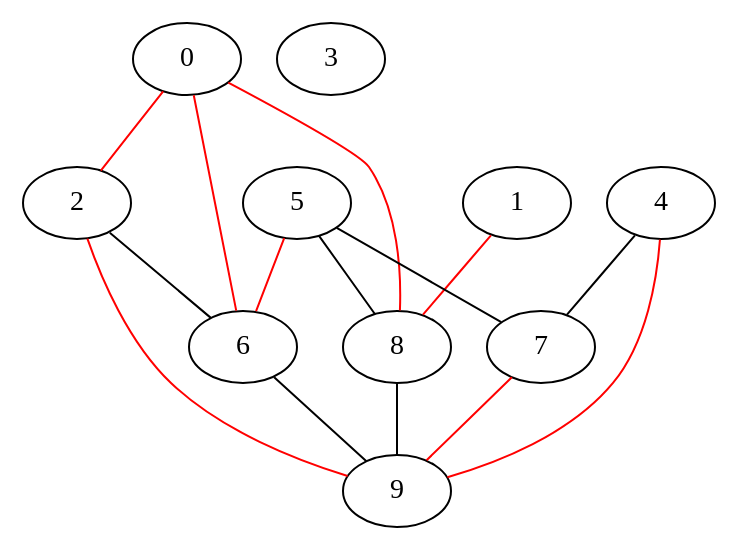
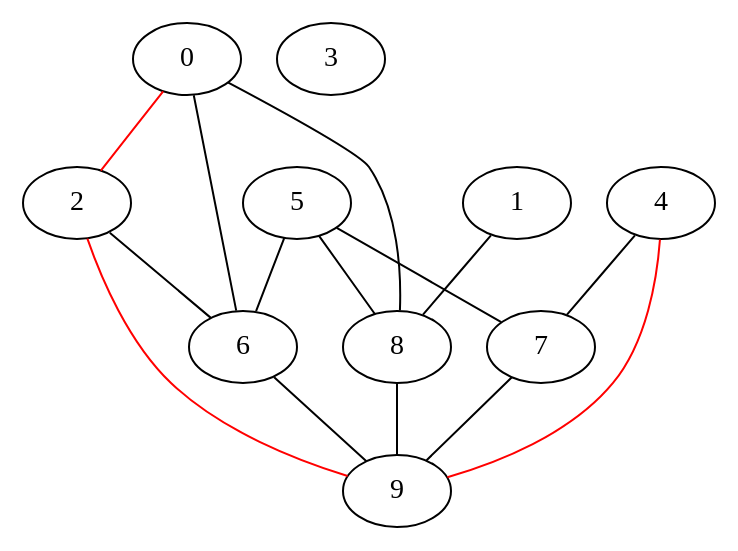
Before and after one commit to amitkvikram/CS2100: the diagram in week4/five.dot, drawn with Graphviz. The commit also changed 53 other files, not shown here.

```diff
--- a/week4/five.dot
+++ b/week4/five.dot
@@ -1,18 +1,18 @@
 graph five{
 	0 -- 2[color=red];
-	0 -- 6[color=red];
-	0 -- 8[color=red];
-	1 -- 8[color=red];
+	0 -- 6;
+	0 -- 8;
+	1 -- 8;
 	2 -- 6;
 	2 -- 9[color=red];
 	3;
 	4 -- 7;
 	4 -- 9[color=red];
-	5 -- 6[color=red];
+	5 -- 6;
 	5 -- 7;
 	5 -- 8;
 	6 -- 9;
-	7 -- 9[color=red];
+	7 -- 9;
 	8 -- 9;
 	9
 }
```
